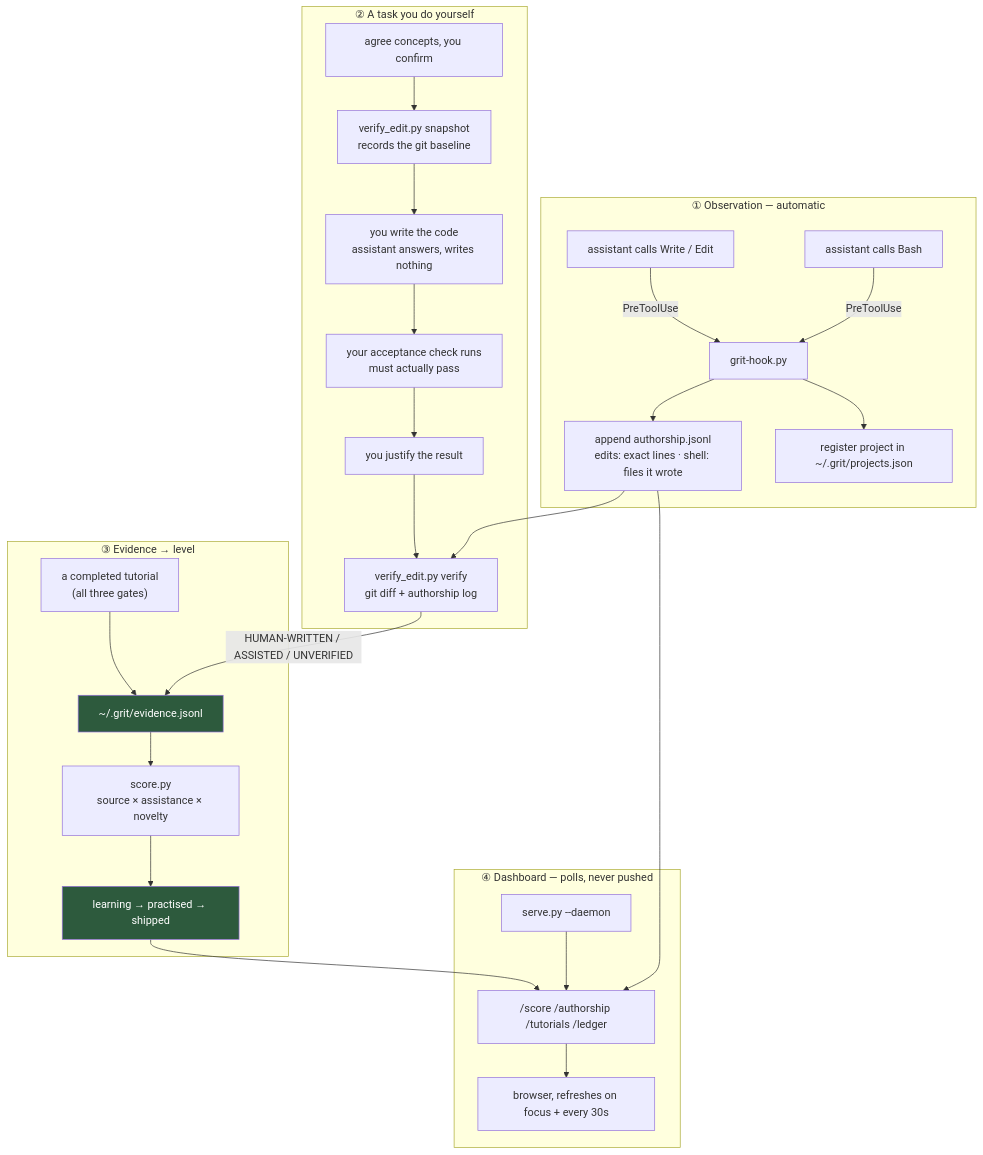
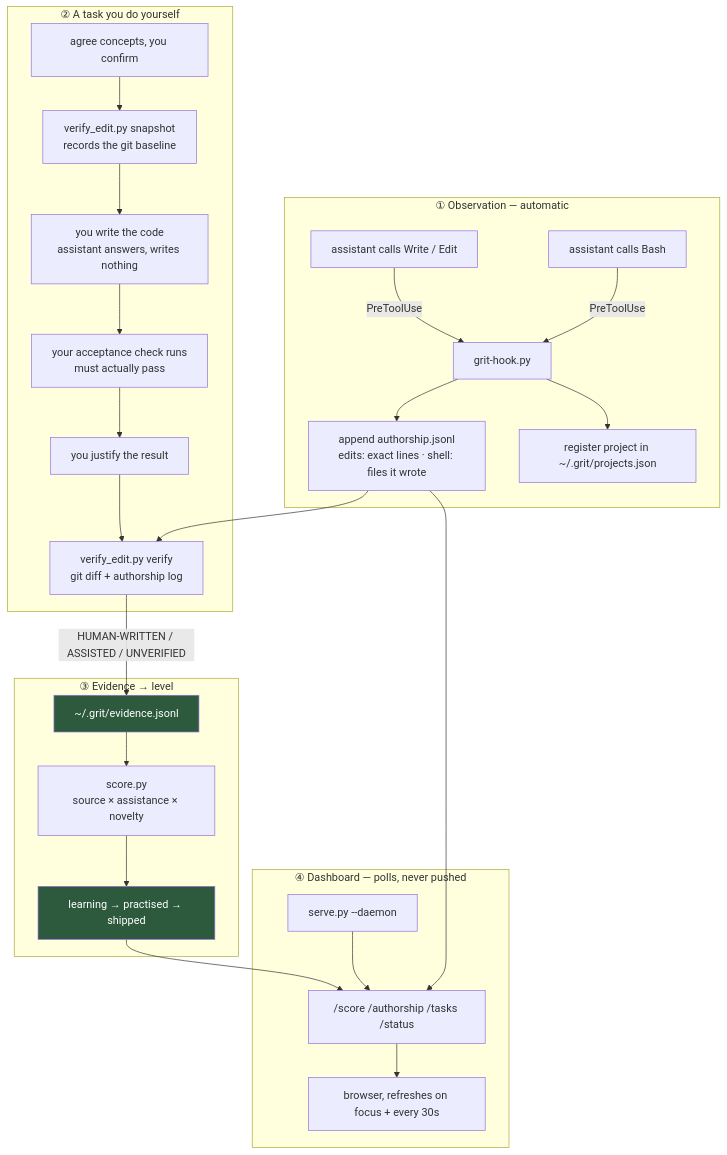
One commit to state-alchemists/grit changed the diagram in .sdlc/docs/ARCHITECTURE.md. Above: the diagram before and after it, drawn with Mermaid. The commit also changed other lines of this file and 28 other files, not shown here.

````diff
--- a/.sdlc/docs/ARCHITECTURE.md
+++ b/.sdlc/docs/ARCHITECTURE.md
@@ -58,36 +56,35 @@
 ```mermaid
 flowchart TD
     subgraph OBSERVE ["① Observation — automatic"]
         W["assistant calls Write / Edit"] -->|PreToolUse| H["grit-hook.py"]
         B["assistant calls Bash"] -->|PreToolUse| H
         H --> H1["append authorship.jsonl<br/>edits: exact lines · shell: files it wrote"]
         H --> H2["register project in ~/.grit/projects.json"]
     end
 
     subgraph WORK ["② A task you do yourself"]
         C["agree concepts, you confirm"] --> SNAP["verify_edit.py snapshot<br/>records the git baseline"]
         SNAP --> DIY["you write the code<br/>assistant answers, writes nothing"]
         DIY --> CHK["your acceptance check runs<br/>must actually pass"]
         CHK --> JUS["you justify the result"]
         JUS --> VER["verify_edit.py verify<br/>git diff + authorship log"]
     end
 
     subgraph SCORE ["③ Evidence → level"]
         VER -->|HUMAN-WRITTEN / ASSISTED / UNVERIFIED| EV["~/.grit/evidence.jsonl"]
-        TUT["a completed tutorial<br/>(all three gates)"] --> EV
         EV --> CALC["score.py<br/>source × assistance × novelty"]
         CALC --> LV["learning → practised → shipped"]
     end
 
     subgraph VIEW ["④ Dashboard — polls, never pushed"]
-        D["serve.py --daemon"] --> API["/score /authorship /tutorials /ledger"]
+        D["serve.py --daemon"] --> API["/score /authorship /tasks /status"]
         API --> PAGE["browser, refreshes on focus + every 30s"]
     end
 
     H1 --> VER
     LV --> API
     H1 --> API
 
     style EV fill:#2d5a3d,color:#fff
     style LV fill:#2d5a3d,color:#fff
 ```
````
